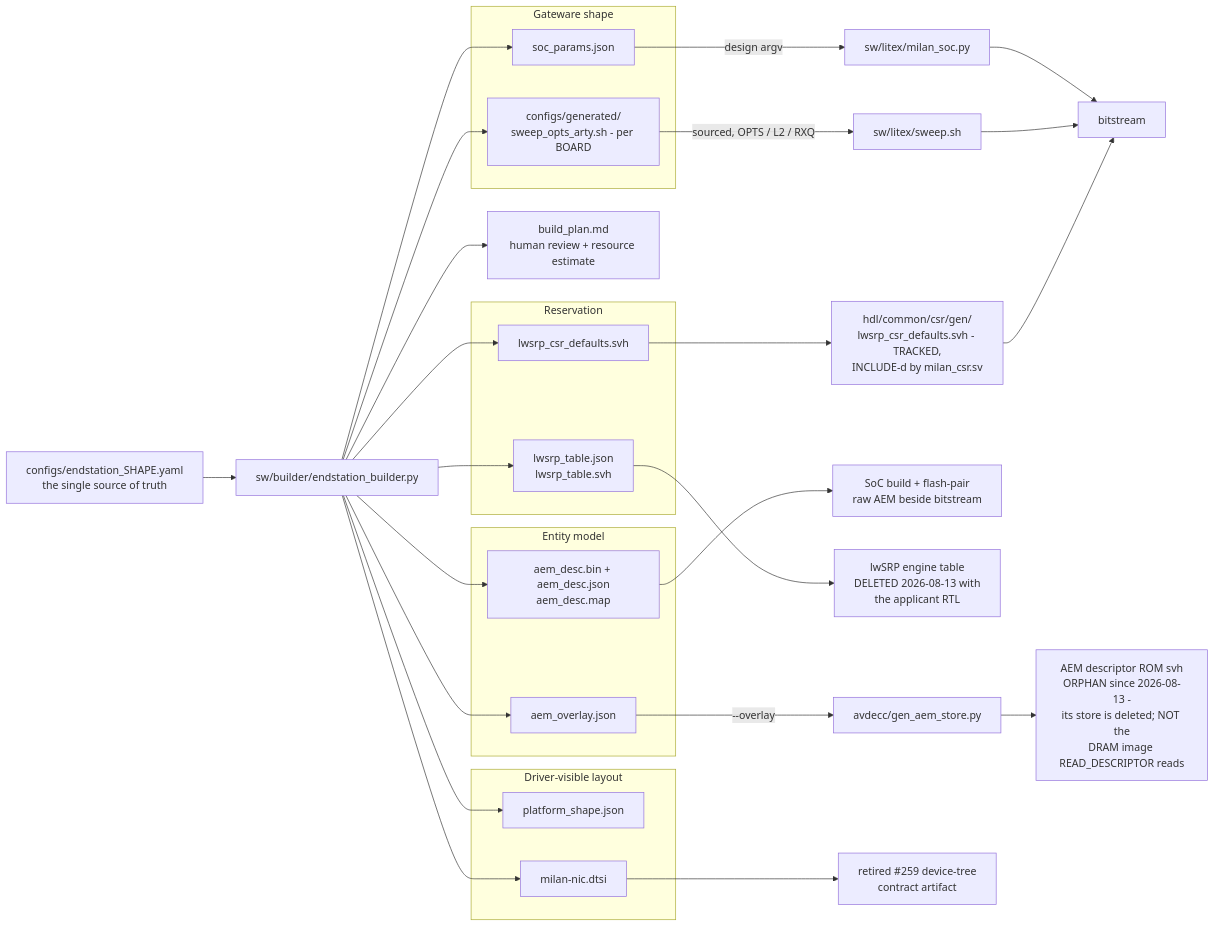
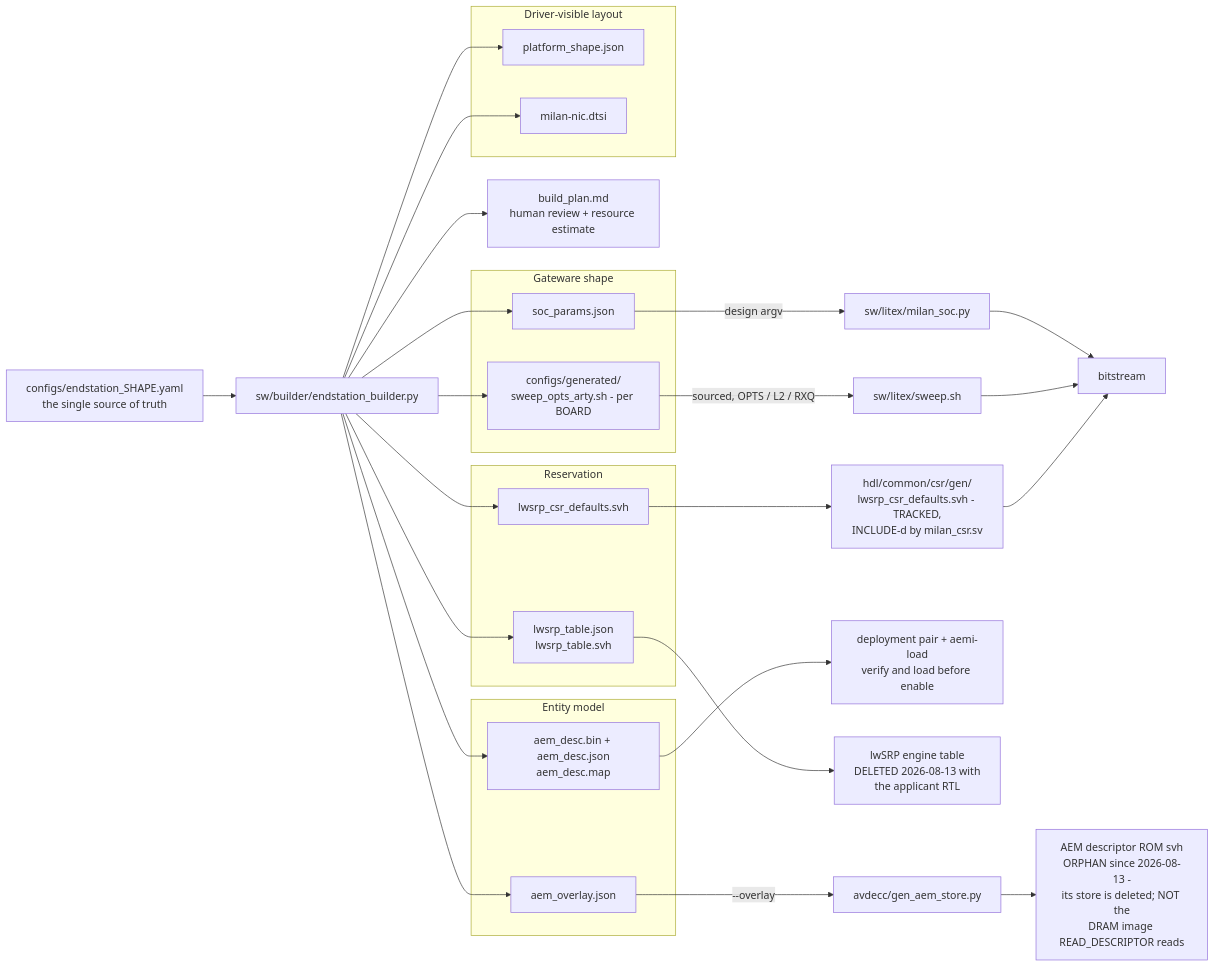
Before and after one commit to kebag-logic/milan-fpga: the diagram in docs/ENDSTATION_BUILDER.md, drawn with Mermaid. The commit also changed other lines of this file and 4 other files, not shown here.

````diff
--- a/docs/ENDSTATION_BUILDER.md
+++ b/docs/ENDSTATION_BUILDER.md
@@ -152,46 +148,45 @@
 ```mermaid
 flowchart LR
     CFG["configs/endstation_SHAPE.yaml<br/>the single source of truth"]
     BLD["sw/builder/endstation_builder.py"]
     CFG --> BLD
 
     subgraph GW["Gateware shape"]
         SOC["soc_params.json"]
         SWP["configs/generated/<br/>sweep_opts_arty.sh - per BOARD"]
     end
     subgraph MODEL["Entity model"]
         OVL["aem_overlay.json"]
         IMG["aem_desc.bin + aem_desc.json<br/>aem_desc.map"]
     end
     subgraph RSV["Reservation"]
         LTJ["lwsrp_table.json<br/>lwsrp_table.svh"]
         LCD["lwsrp_csr_defaults.svh"]
     end
     subgraph HOSTV["Driver-visible layout"]
         PSH["platform_shape.json"]
         DTS["milan-nic.dtsi"]
     end
     PLAN["build_plan.md<br/>human review + resource estimate"]
 
     BLD --> SOC
     BLD --> SWP
     BLD --> OVL
     BLD --> IMG
     BLD --> LTJ
     BLD --> LCD
     BLD --> PSH
     BLD --> DTS
     BLD --> PLAN
 
     SOC -->|"design argv"| MSOC["sw/litex/milan_soc.py"]
     SWP -->|"sourced, OPTS / L2 / RXQ"| SWEEP["sw/litex/sweep.sh"]
     OVL -->|"--overlay"| GEN["avdecc/gen_aem_store.py"]
     GEN --> ROM["AEM descriptor ROM svh<br/>ORPHAN since 2026-08-13 -<br/>its store is deleted; NOT the<br/>DRAM image READ_DESCRIPTOR reads"]
-    IMG --> FLASH["SoC build + flash-pair<br/>raw AEM beside bitstream"]
+    IMG --> LOAD["deployment pair + aemi-load<br/>verify and load before enable"]
     LTJ --> SRPRTL["lwSRP engine table<br/>DELETED 2026-08-13 with<br/>the applicant RTL"]
     LCD --> CSRINC["hdl/common/csr/gen/<br/>lwsrp_csr_defaults.svh - TRACKED,<br/>INCLUDE-d by milan_csr.sv"]
-    DTS --> DRV["retired #259 device-tree<br/>contract artifact"]
     MSOC --> BIT["bitstream"]
     SWEEP --> BIT
     CSRINC --> BIT
 ```
````
